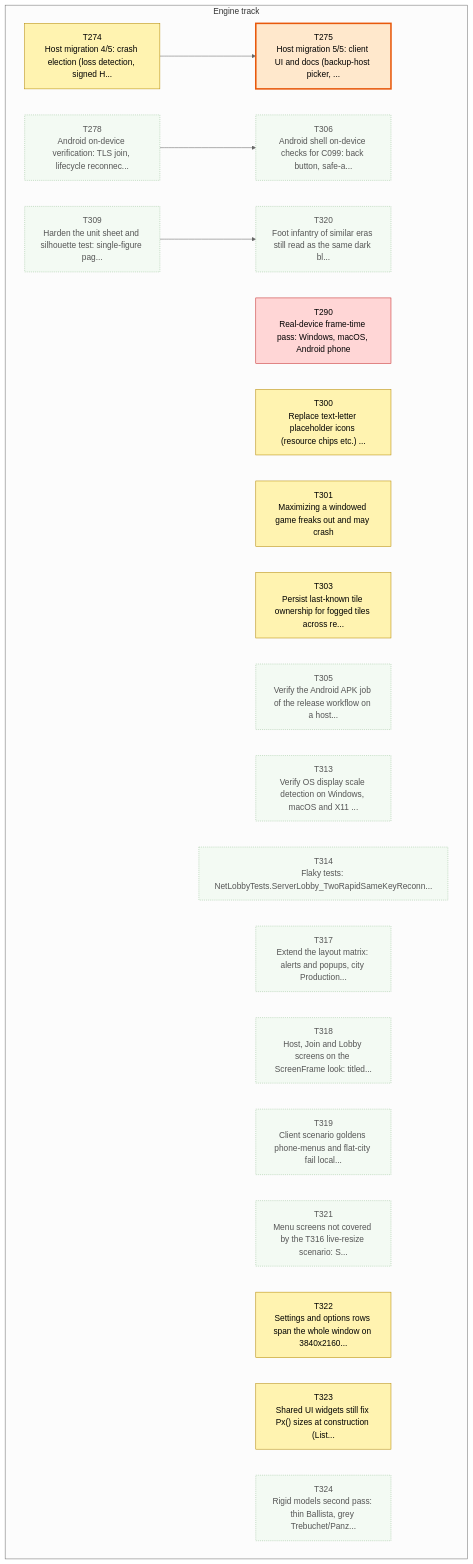
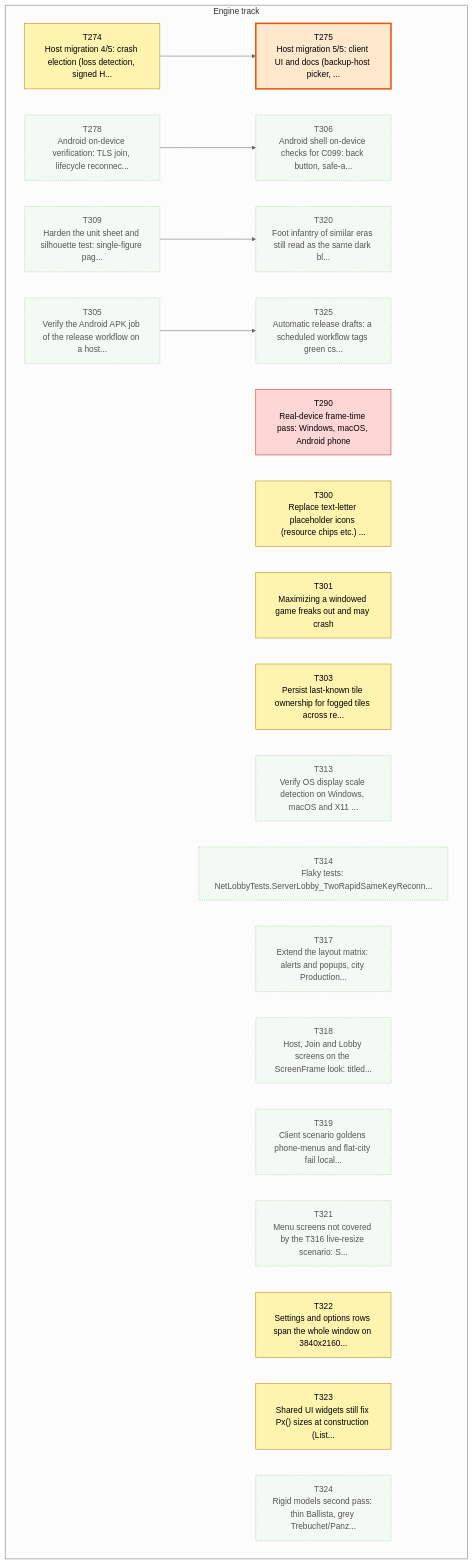
The first of 3 diagrams in csharp/migration/DEPENDENCY_MAP.md (Kenmura/Unciv), drawn with Mermaid (neutral theme) before and after one commit. The commit also changed other lines of this file and 2 other files, not shown here.

First line of the commit message:
migration: file T325 automatic release drafts (owner publishes by hand) [Claude]

````diff
--- a/csharp/migration/DEPENDENCY_MAP.md
+++ b/csharp/migration/DEPENDENCY_MAP.md
@@ -35,55 +35,58 @@
 ```mermaid
 flowchart TD
   subgraph TTRACK["Engine track"]
     T274["T274<br/>Host migration 4/5: crash election (loss detection, signed H..."]
     T275["T275<br/>Host migration 5/5: client UI and docs (backup-host picker, ..."]
     T278["T278<br/>Android on-device verification: TLS join, lifecycle reconnec..."]
     T290["T290<br/>Real-device frame-time pass: Windows, macOS, Android phone"]
     T300["T300<br/>Replace text-letter placeholder icons (resource chips etc.) ..."]
     T301["T301<br/>Maximizing a windowed game freaks out and may crash"]
     T303["T303<br/>Persist last-known tile ownership for fogged tiles across re..."]
     T305["T305<br/>Verify the Android APK job of the release workflow on a host..."]
     T306["T306<br/>Android shell on-device checks for C099: back button, safe-a..."]
     T309["T309<br/>Harden the unit sheet and silhouette test: single-figure pag..."]
     T313["T313<br/>Verify OS display scale detection on Windows, macOS and X11 ..."]
     T314["T314<br/>Flaky tests: NetLobbyTests.ServerLobby_TwoRapidSameKeyReconn..."]
     T317["T317<br/>Extend the layout matrix: alerts and popups, city Production..."]
     T318["T318<br/>Host, Join and Lobby screens on the ScreenFrame look: titled..."]
     T319["T319<br/>Client scenario goldens phone-menus and flat-city fail local..."]
     T320["T320<br/>Foot infantry of similar eras still read as the same dark bl..."]
     T321["T321<br/>Menu screens not covered by the T316 live-resize scenario: S..."]
     T322["T322<br/>Settings and options rows span the whole window on 3840x2160..."]
     T323["T323<br/>Shared UI widgets still fix Px() sizes at construction (List..."]
     T324["T324<br/>Rigid models second pass: thin Ballista, grey Trebuchet/Panz..."]
+    T325["T325<br/>Automatic release drafts: a scheduled workflow tags green cs..."]
   end
   T274 --> T275
   T278 --> T306
   T309 --> T320
+  T305 --> T325
   classDef waiting fill:#f3faf3,stroke:#9bc49b,color:#555,stroke-dasharray:2 2
   classDef ondeck fill:#ffe8cc,stroke:#e8590c,stroke-width:3px,color:#000
   classDef ready fill:#7ee787,stroke:#1a7f37,stroke-width:3px,color:#000
   classDef prog fill:#fff3b0,stroke:#b58900,color:#000
   classDef review fill:#cfe4ff,stroke:#1f6feb,color:#000
   classDef blocked fill:#ffd6d6,stroke:#c62828,color:#000
   classDef done fill:#eeeeee,stroke:#999999,color:#666,stroke-dasharray:4 3
   class T274 prog
   class T275 ondeck
   class T278 waiting
   class T290 blocked
   class T300 prog
   class T301 prog
   class T303 prog
   class T305 waiting
   class T306 waiting
   class T309 waiting
   class T313 waiting
   class T314 waiting
   class T317 waiting
   class T318 waiting
   class T319 waiting
   class T320 waiting
   class T321 waiting
   class T322 prog
   class T323 prog
   class T324 waiting
+  class T325 waiting
 ```
````
